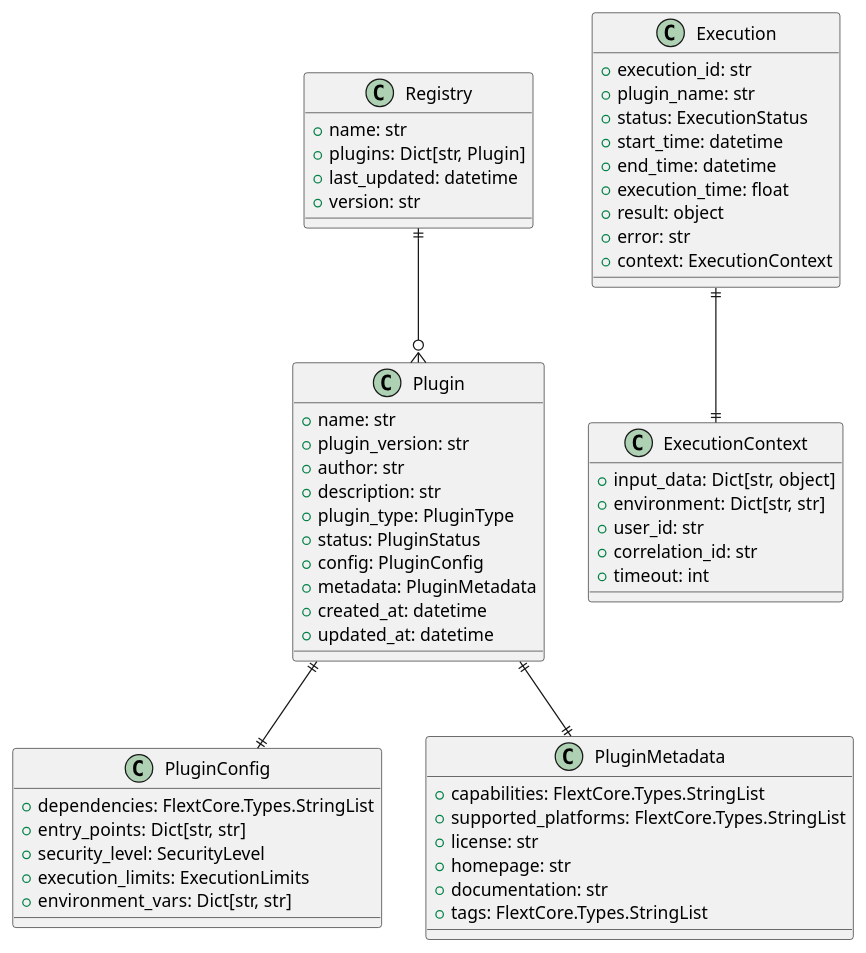
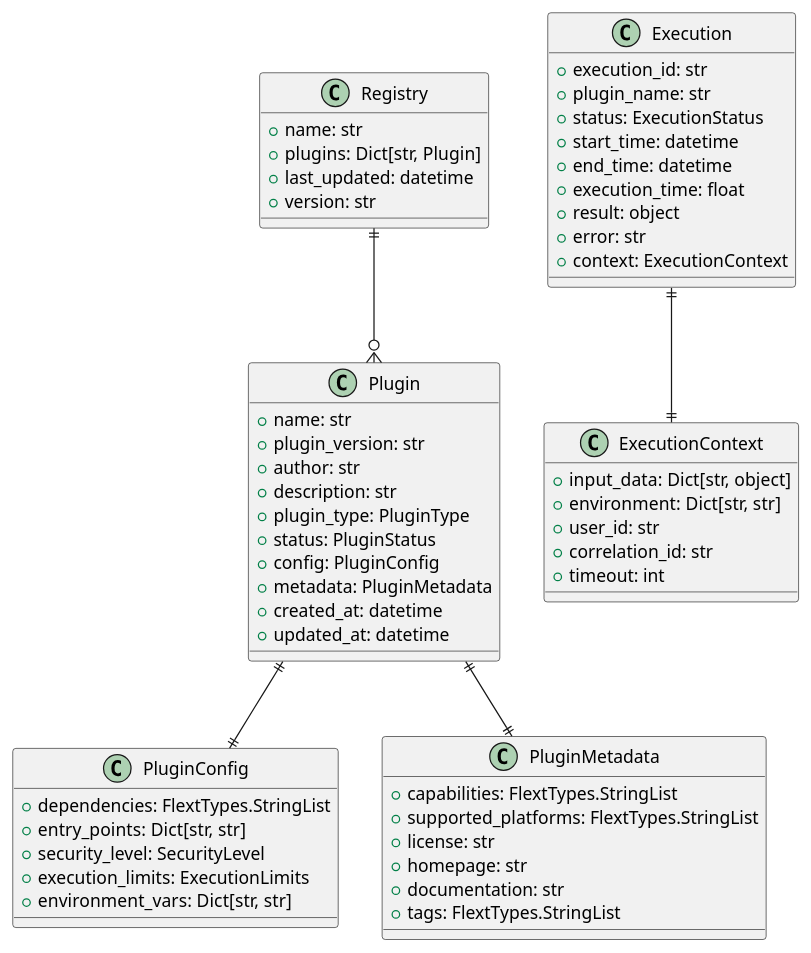
One commit to flext-sh/flext-plugin changed the first of 4 diagrams in docs/architecture/data.md. Above: the diagram before and after it, drawn with PlantUML. The commit also changed other lines of this file and 53 other files, not shown here.

````diff
--- a/docs/architecture/data.md
+++ b/docs/architecture/data.md
@@ -25,65 +25,65 @@
 ```plantuml
 @startuml Data Model Hierarchy
 class Plugin {
     +name: str
     +plugin_version: str
     +author: str
     +description: str
     +plugin_type: PluginType
     +status: PluginStatus
     +config: PluginConfig
     +metadata: PluginMetadata
     +created_at: datetime
     +updated_at: datetime
 }
 
 class PluginConfig {
-    +dependencies: FlextCore.Types.StringList
+    +dependencies: FlextTypes.StringList
     +entry_points: Dict[str, str]
     +security_level: SecurityLevel
     +execution_limits: ExecutionLimits
     +environment_vars: Dict[str, str]
 }
 
 class PluginMetadata {
-    +capabilities: FlextCore.Types.StringList
-    +supported_platforms: FlextCore.Types.StringList
+    +capabilities: FlextTypes.StringList
+    +supported_platforms: FlextTypes.StringList
     +license: str
     +homepage: str
     +documentation: str
-    +tags: FlextCore.Types.StringList
+    +tags: FlextTypes.StringList
 }
 
 class Execution {
     +execution_id: str
     +plugin_name: str
     +status: ExecutionStatus
     +start_time: datetime
     +end_time: datetime
     +execution_time: float
     +result: object
     +error: str
     +context: ExecutionContext
 }
 
 class ExecutionContext {
     +input_data: Dict[str, object]
     +environment: Dict[str, str]
     +user_id: str
     +correlation_id: str
     +timeout: int
 }
 
 class Registry {
     +name: str
     +plugins: Dict[str, Plugin]
     +last_updated: datetime
     +version: str
 }
 
 Plugin ||--|| PluginConfig
 Plugin ||--|| PluginMetadata
 Execution ||--|| ExecutionContext
 Registry ||--o{ Plugin
 @enduml
 ```
````
